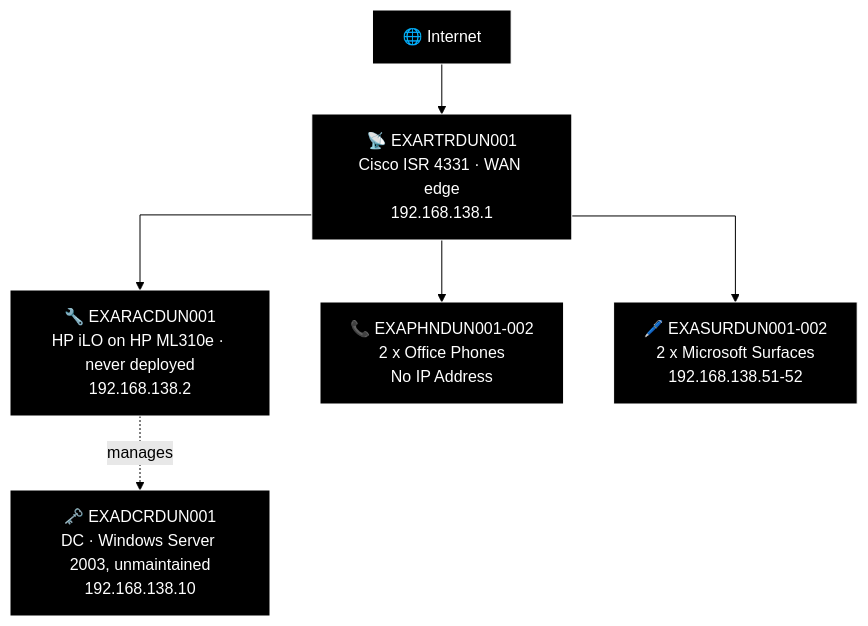
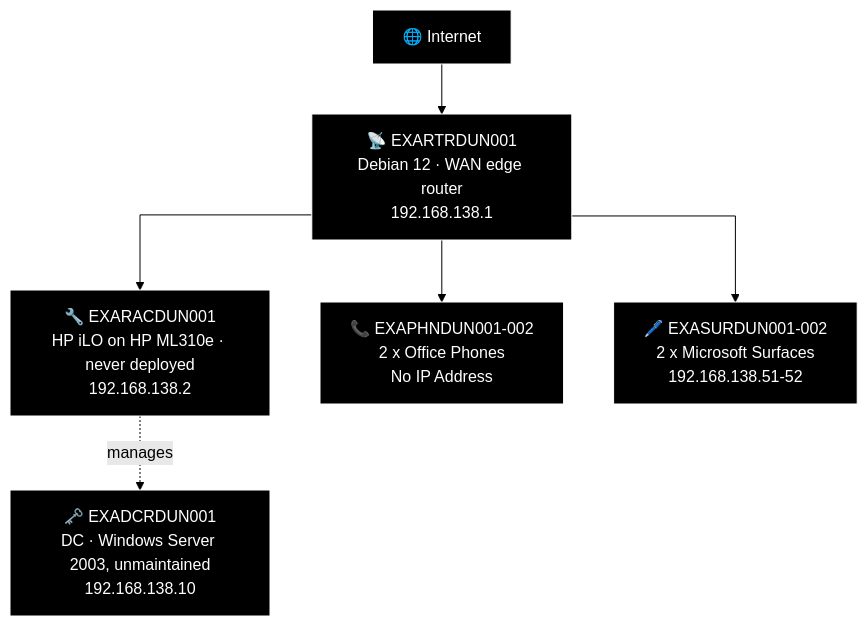
Diagram 13 of 21 in docs/network-diagram/scotland.md (knightmare2600/example_music_infra), drawn with Mermaid (forest theme) before and after one commit. The commit also changed other lines of this file and 9 other files, not shown here.

````diff
--- a/docs/network-diagram/scotland.md
+++ b/docs/network-diagram/scotland.md
@@ -853,24 +853,24 @@
 ```mermaid
 %% GENERATED:OLDNETWORK:DUN:START
 %%{init: {'flowchart': {'curve': 'stepAfter'}}}%%
 graph TD
     O_INET["🌐 Internet"]
-    O_RTR["📡 EXARTRDUN001<br/>Cisco ISR 4331 · WAN edge<br/>192.168.138.1"]
+    O_RTR["📡 EXARTRDUN001<br/>Debian 12 · WAN edge router<br/>192.168.138.1"]
     O_DCR["🗝️ EXADCRDUN001<br/>DC · Windows Server 2003, unmaintained<br/>192.168.138.10"]
     O_RAC["🔧 EXARACDUN001<br/>HP iLO on HP ML310e · never deployed<br/>192.168.138.2"]
     O_PHN["📞 EXAPHNDUN001-002<br/>2 x Office Phones<br/>No IP Address"]
     O_SUR["🖊️ EXASURDUN001-002<br/>2 x Microsoft Surfaces<br/>192.168.138.51-52"]
     O_INET --> O_RTR
     O_RTR --> O_RAC
     O_RAC -.->|"manages"| O_DCR
     O_RTR --> O_PHN
     O_RTR --> O_SUR
 
     style O_INET fill:#000000,stroke:#FFFFFF,color:#FFFFFF
     style O_RTR fill:#000000,stroke:#FFFFFF,color:#FFFFFF
     style O_DCR fill:#000000,stroke:#FFFFFF,color:#FFFFFF
     style O_RAC fill:#000000,stroke:#FFFFFF,color:#FFFFFF
     style O_PHN fill:#000000,stroke:#FFFFFF,color:#FFFFFF
     style O_SUR fill:#000000,stroke:#FFFFFF,color:#FFFFFF
 %% GENERATED:OLDNETWORK:DUN:END
 ```
````
